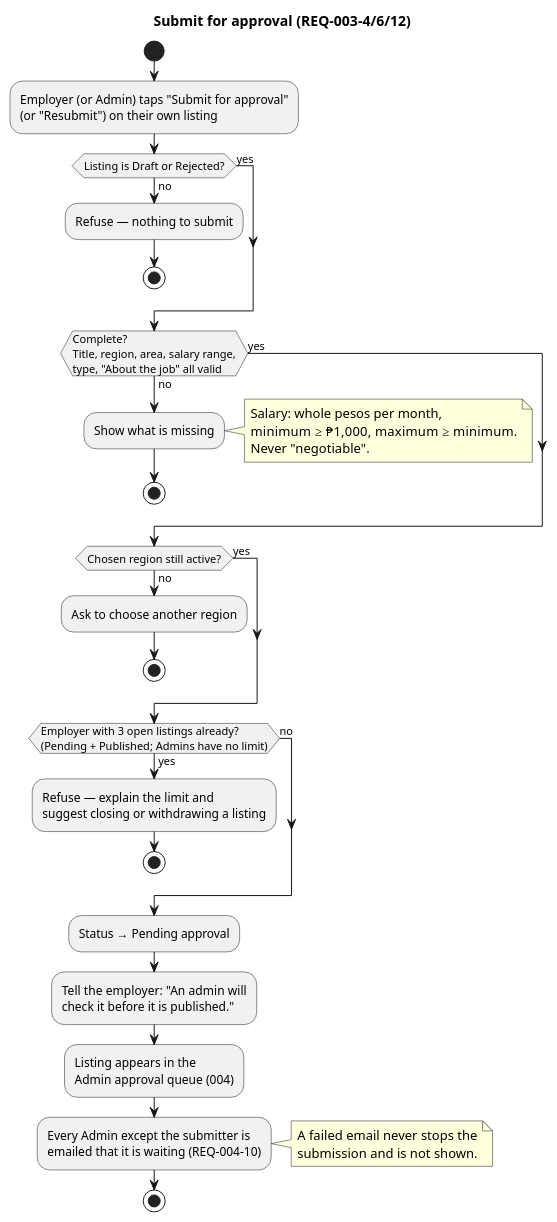
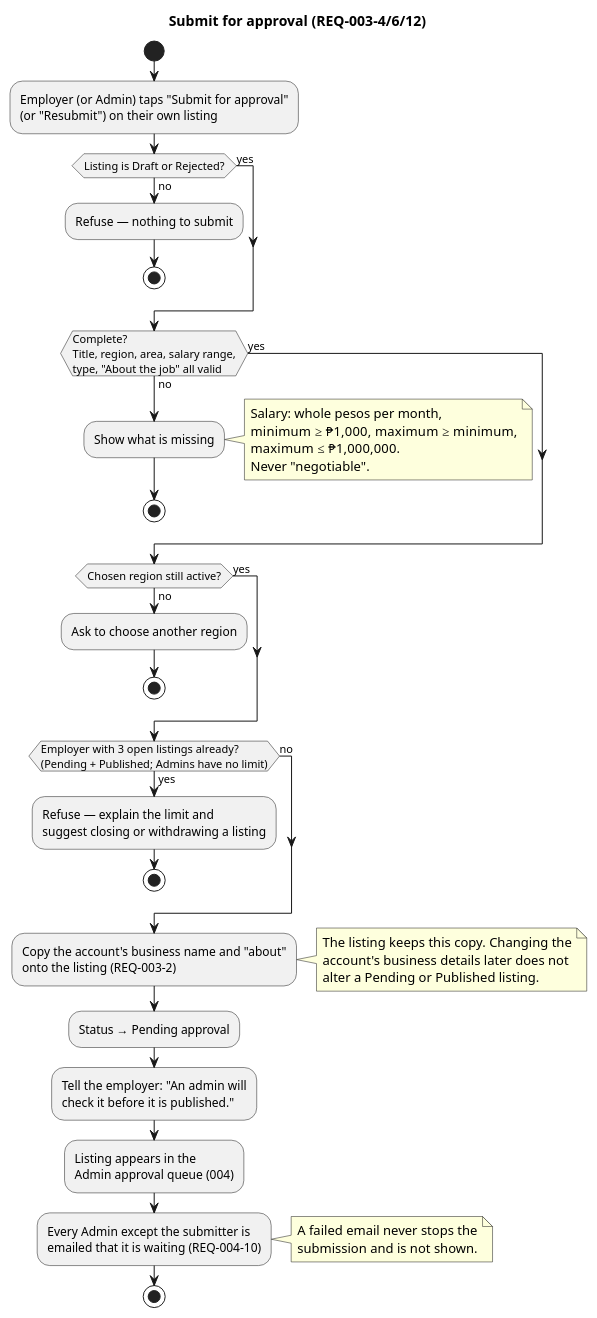
One commit to raseniero/jairojobs-elixir changed the diagram in docs/specs/003-listings-employer-posting/diagrams/activity-submit-for-approval.puml. Above: the diagram before and after it, drawn with PlantUML. The commit also changed 12 other files, not shown here.

Commit message:
docs(spec 003): diagrams draw what the requirements already said; Closed and Taken down are final for everyone

```diff
--- a/docs/specs/003-listings-employer-posting/diagrams/activity-submit-for-approval.puml
+++ b/docs/specs/003-listings-employer-posting/diagrams/activity-submit-for-approval.puml
@@ -1,46 +1,54 @@
 @startuml activity-submit-for-approval
 ' Spec 003 — what a complete listing is, submitting, the free-tier limit (REQ-003-4, -6, -12)
 title Submit for approval (REQ-003-4/6/12)
 
 start
 :Employer (or Admin) taps "Submit for approval"
 (or "Resubmit") on their own listing;
 if (Listing is Draft or Rejected?) then (no)
   :Refuse — nothing to submit;
   stop
 else (yes)
 endif
 if (Complete?\nTitle, region, area, salary range,\ntype, "About the job" all valid) then (no)
   :Show what is missing;
   note right
     Salary: whole pesos per month,
-    minimum ≥ ₱1,000, maximum ≥ minimum.
+    minimum ≥ ₱1,000, maximum ≥ minimum,
+    maximum ≤ ₱1,000,000.
     Never "negotiable".
   end note
   stop
 else (yes)
 endif
 if (Chosen region still active?) then (no)
   :Ask to choose another region;
   stop
 else (yes)
 endif
 if (Employer with 3 open listings already?\n(Pending + Published; Admins have no limit)) then (yes)
   :Refuse — explain the limit and
   suggest closing or withdrawing a listing;
   stop
 else (no)
 endif
+:Copy the account's business name and "about"
+onto the listing (REQ-003-2);
+note right
+  The listing keeps this copy. Changing the
+  account's business details later does not
+  alter a Pending or Published listing.
+end note
 :Status → Pending approval;
 :Tell the employer: "An admin will
 check it before it is published.";
 :Listing appears in the
 Admin approval queue (004);
 :Every Admin except the submitter is
 emailed that it is waiting (REQ-004-10);
 note right
   A failed email never stops the
   submission and is not shown.
 end note
 stop
 @enduml
```
